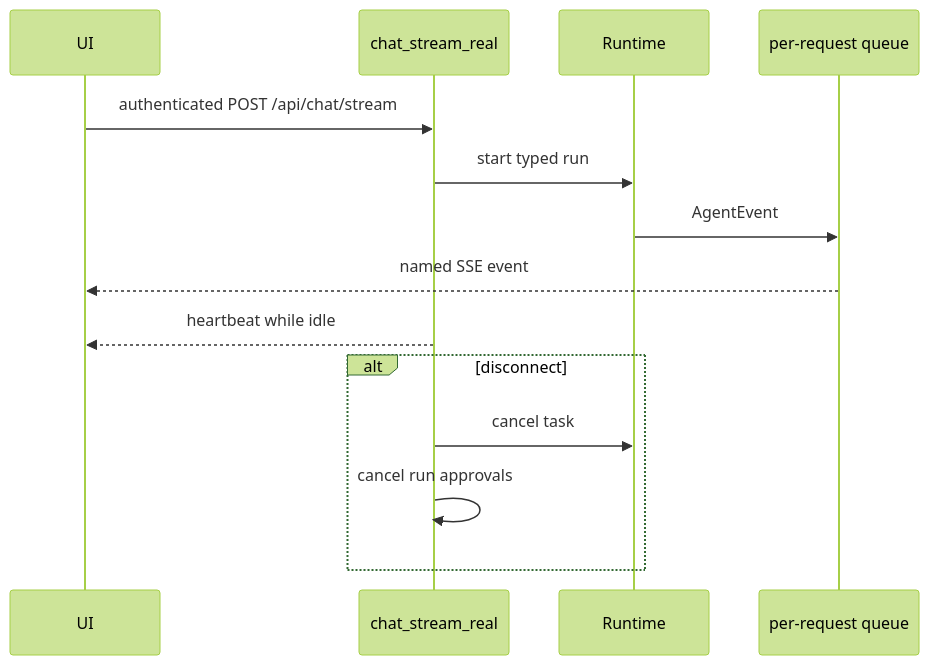
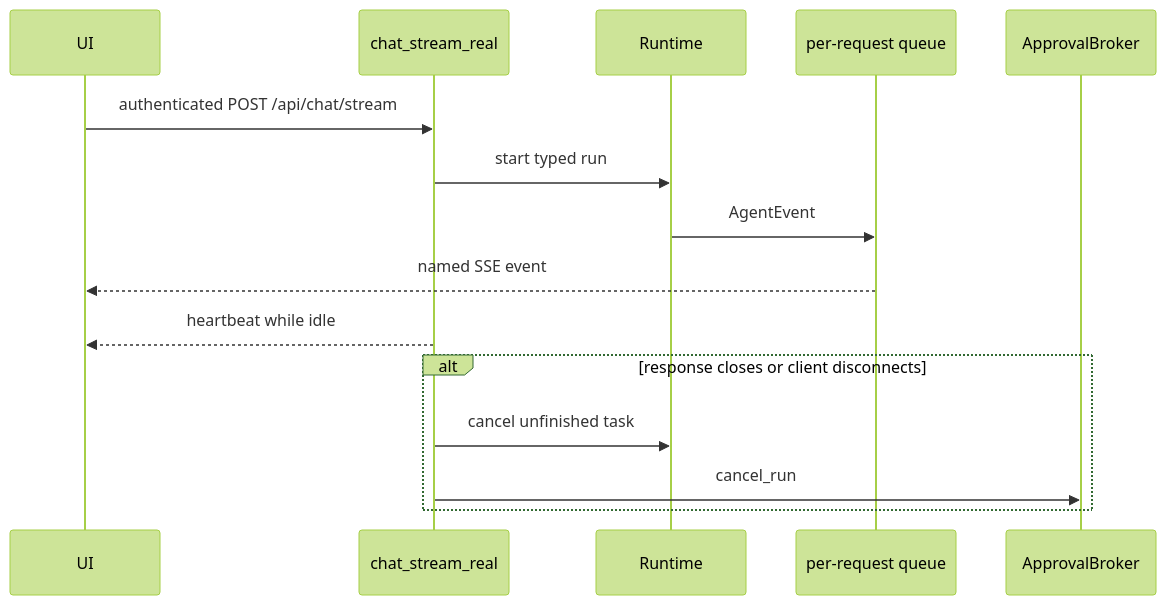
The first of 3 diagrams in docs/course/concepts/sse.md (levalencia/archon), drawn with Mermaid (forest theme) before and after one commit. The commit also changed other lines of this file and 7 other files, not shown here.

````diff
--- a/docs/course/concepts/sse.md
+++ b/docs/course/concepts/sse.md
@@ -12,16 +21,17 @@
 ```mermaid
 sequenceDiagram
   participant UI
   participant Stream as chat_stream_real
   participant Runtime
   participant Queue as per-request queue
+  participant Approval as ApprovalBroker
   UI->>Stream: authenticated POST /api/chat/stream
   Stream->>Runtime: start typed run
   Runtime->>Queue: AgentEvent
   Queue-->>UI: named SSE event
   Stream-->>UI: heartbeat while idle
-  alt disconnect
-    Stream->>Runtime: cancel task
-    Stream->>Stream: cancel run approvals
+  alt response closes or client disconnects
+    Stream->>Runtime: cancel unfinished task
+    Stream->>Approval: cancel_run
   end
 ```
````
